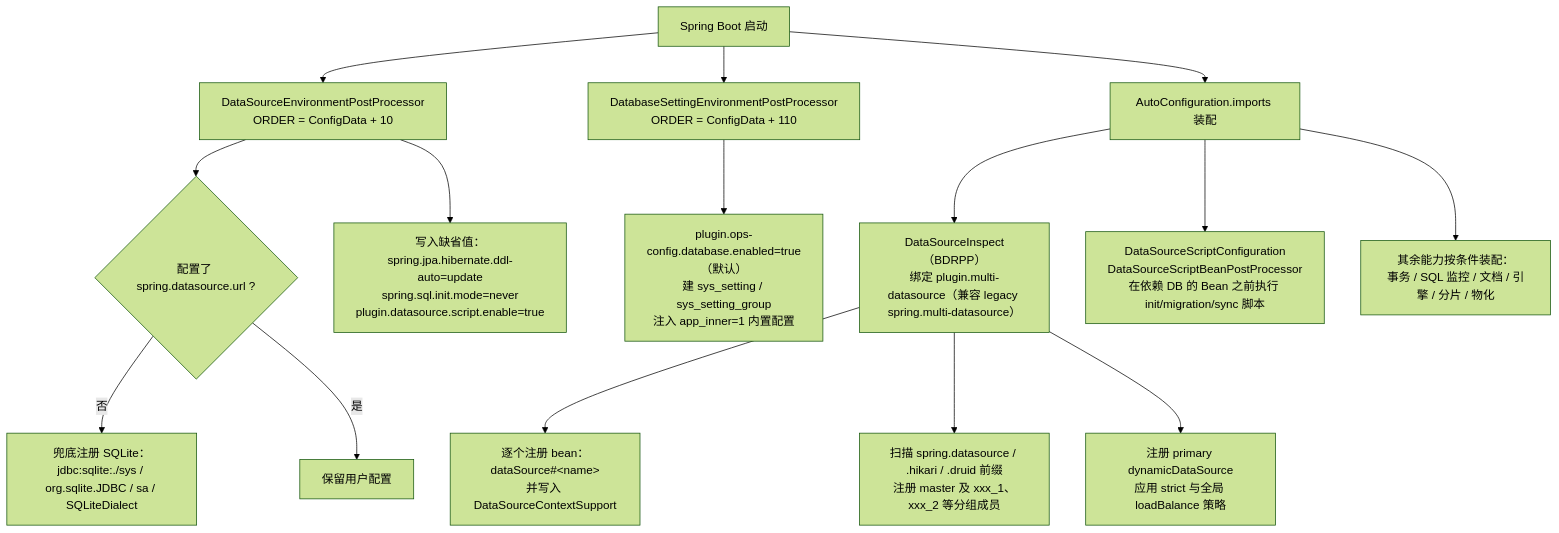
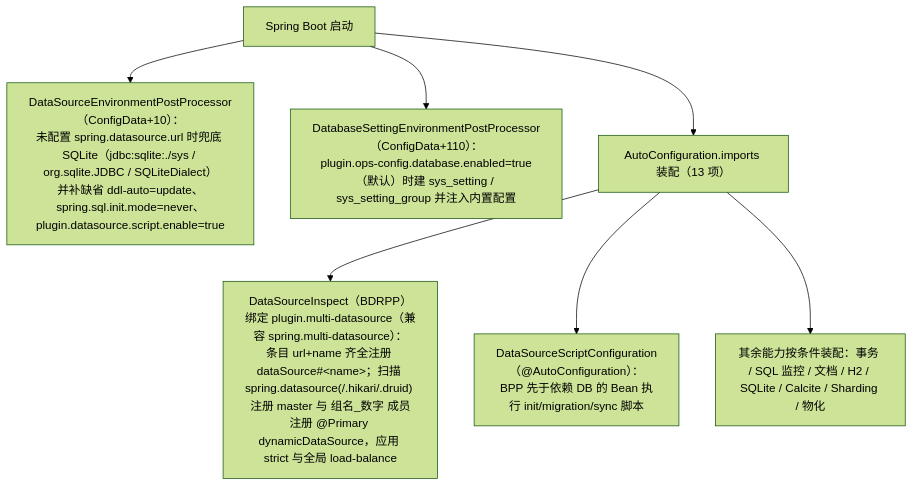
Before and after one commit to CHTK001/spring-support-parent-starter: the second of 2 diagrams in spring-support-datasource-starter/README.md, drawn with Mermaid (forest theme). The commit also changed other lines of this file and 54 other files, not shown here.

````diff
--- a/spring-support-datasource-starter/README.md
+++ b/spring-support-datasource-starter/README.md
@@ -146,17 +47,9 @@
 ```mermaid
 flowchart TD
-    A["Spring Boot 启动"] --> B["DataSourceEnvironmentPostProcessor<br/>ORDER = ConfigData + 10"]
-    A --> C["DatabaseSettingEnvironmentPostProcessor<br/>ORDER = ConfigData + 110"]
-    B --> B1{"配置了 spring.datasource.url ?"}
-    B1 -->|否| B2["兜底注册 SQLite：<br/>jdbc:sqlite:./sys / org.sqlite.JDBC / sa / SQLiteDialect"]
-    B1 -->|是| B3["保留用户配置"]
-    B --> B4["写入缺省值：<br/>spring.jpa.hibernate.ddl-auto=update<br/>spring.sql.init.mode=never<br/>plugin.datasource.script.enable=true"]
-    C --> C1["plugin.ops-config.database.enabled=true（默认）<br/>建 sys_setting / sys_setting_group<br/>注入 app_inner=1 内置配置"]
-    A --> D["AutoConfiguration.imports 装配"]
-    D --> E["DataSourceInspect（BDRPP）<br/>绑定 plugin.multi-datasource（兼容 legacy spring.multi-datasource）"]
-    E --> F["逐个注册 bean：dataSource#&lt;name&gt;<br/>并写入 DataSourceContextSupport"]
-    E --> G["扫描 spring.datasource / .hikari / .druid 前缀<br/>注册 master 及 xxx_1、xxx_2 等分组成员"]
-    E --> H["注册 primary dynamicDataSource<br/>应用 strict 与全局 loadBalance 策略"]
-    D --> I["DataSourceScriptConfiguration<br/>DataSourceScriptBeanPostProcessor<br/>在依赖 DB 的 Bean 之前执行 init/migration/sync 脚本"]
-    D --> J["其余能力按条件装配：<br/>事务 / SQL 监控 / 文档 / 引擎 / 分片 / 物化"]
+    A["Spring Boot 启动"] --> B["DataSourceEnvironmentPostProcessor（ConfigData+10）：<br/>未配置 spring.datasource.url 时兜底 SQLite（jdbc:sqlite:./sys / org.sqlite.JDBC / SQLiteDialect）<br/>并补缺省 ddl-auto=update、spring.sql.init.mode=never、plugin.datasource.script.enable=true"]
+    A --> C["DatabaseSettingEnvironmentPostProcessor（ConfigData+110）：<br/>plugin.ops-config.database.enabled=true（默认）时建 sys_setting / sys_setting_group 并注入内置配置"]
+    A --> D["AutoConfiguration.imports 装配（13 项）"]
+    D --> E["DataSourceInspect（BDRPP）绑定 plugin.multi-datasource（兼容 spring.multi-datasource）：<br/>条目 url+name 齐全注册 dataSource#&lt;name&gt;；扫描 spring.datasource(/.hikari/.druid) 注册 master 与 组名_数字 成员<br/>注册 @Primary dynamicDataSource，应用 strict 与全局 load-balance"]
+    D --> I["DataSourceScriptConfiguration（@AutoConfiguration）：<br/>BPP 先于依赖 DB 的 Bean 执行 init/migration/sync 脚本"]
+    D --> J["其余能力按条件装配：事务 / SQL 监控 / 文档 / H2 / SQLite / Calcite / Sharding / 物化"]
 ```
````
